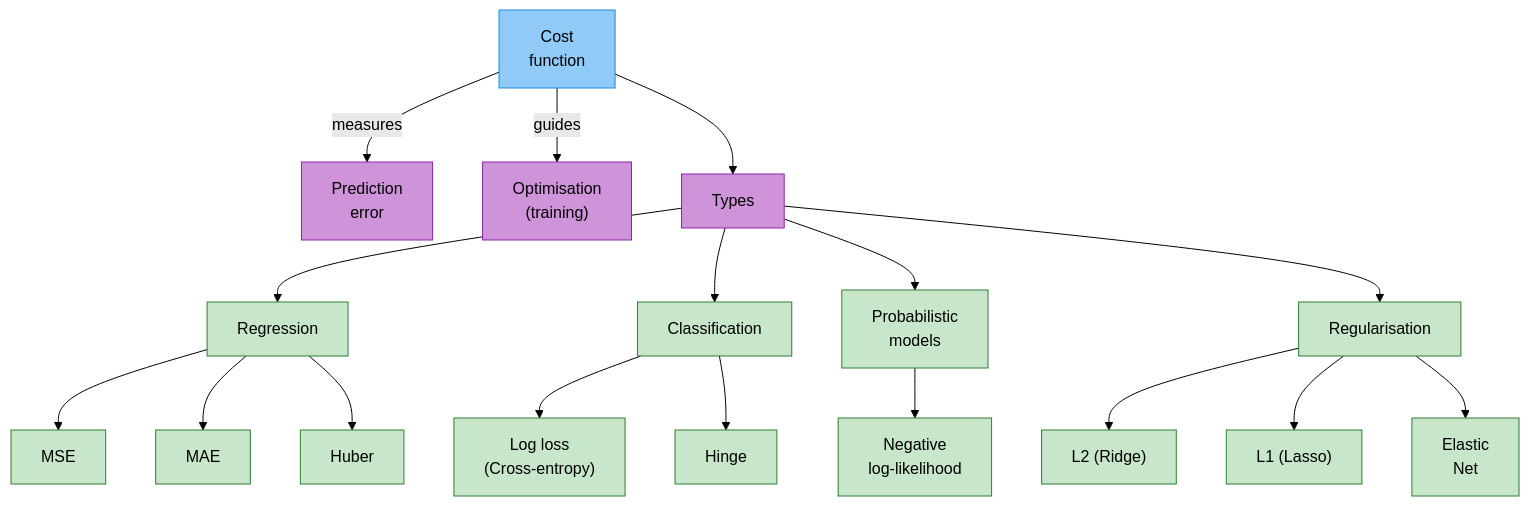
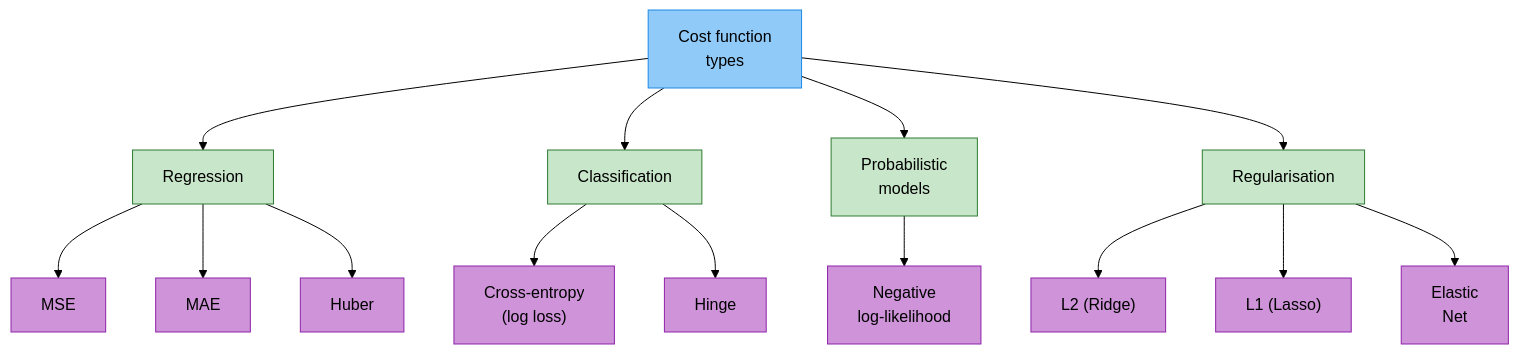
Before and after one commit to arshadhs/arshadhs.github.io: the second of 2 diagrams in content/docs/ai/machine-learning/03-cost-function.md, drawn with Mermaid (forest theme). The commit also changed other lines of this file, not shown here.

```diff
--- a/content/docs/ai/machine-learning/03-cost-function.md
+++ b/content/docs/ai/machine-learning/03-cost-function.md
@@ -23,44 +49,37 @@
 {{< mermaid >}}
 flowchart TD
-CF["Cost<br/>function"] -->|measures| ERR["Prediction<br/>error"]
-CF -->|guides| OPT["Optimisation<br/>(training)"]
+T["Cost function<br/>types"] --> REG["Regression"]
+T --> CLS["Classification"]
+T --> PROB["Probabilistic<br/>models"]
+T --> REGZ["Regularisation"]
 
-CF --> T["Types"]
-
-T --> REG["Regression"]
 REG --> MSE["MSE"]
 REG --> MAE["MAE"]
 REG --> HUB["Huber"]
 
-T --> CLS["Classification"]
-CLS --> LOG["Log loss<br/>(Cross-entropy)"]
+CLS --> CE["Cross-entropy<br/>(log loss)"]
 CLS --> HNG["Hinge"]
 
-T --> PROB["Probabilistic<br/>models"]
 PROB --> NLL["Negative<br/>log-likelihood"]
 
-T --> REGZ["Regularisation"]
 REGZ --> L2["L2 (Ridge)"]
 REGZ --> L1["L1 (Lasso)"]
 REGZ --> EN["Elastic<br/>Net"]
 
-style CF fill:#90CAF9,stroke:#1E88E5,color:#000
-style ERR fill:#CE93D8,stroke:#8E24AA,color:#000
-style OPT fill:#CE93D8,stroke:#8E24AA,color:#000
-style T fill:#CE93D8,stroke:#8E24AA,color:#000
+style T fill:#90CAF9,stroke:#1E88E5,color:#000
 
 style REG fill:#C8E6C9,stroke:#2E7D32,color:#000
 style CLS fill:#C8E6C9,stroke:#2E7D32,color:#000
 style PROB fill:#C8E6C9,stroke:#2E7D32,color:#000
 style REGZ fill:#C8E6C9,stroke:#2E7D32,color:#000
 
-style MSE fill:#C8E6C9,stroke:#2E7D32,color:#000
-style MAE fill:#C8E6C9,stroke:#2E7D32,color:#000
-style HUB fill:#C8E6C9,stroke:#2E7D32,color:#000
-style LOG fill:#C8E6C9,stroke:#2E7D32,color:#000
-style HNG fill:#C8E6C9,stroke:#2E7D32,color:#000
-style NLL fill:#C8E6C9,stroke:#2E7D32,color:#000
-style L2 fill:#C8E6C9,stroke:#2E7D32,color:#000
-style L1 fill:#C8E6C9,stroke:#2E7D32,color:#000
-style EN fill:#C8E6C9,stroke:#2E7D32,color:#000
+style MSE fill:#CE93D8,stroke:#8E24AA,color:#000
+style MAE fill:#CE93D8,stroke:#8E24AA,color:#000
+style HUB fill:#CE93D8,stroke:#8E24AA,color:#000
+style CE fill:#CE93D8,stroke:#8E24AA,color:#000
+style HNG fill:#CE93D8,stroke:#8E24AA,color:#000
+style NLL fill:#CE93D8,stroke:#8E24AA,color:#000
+style L2 fill:#CE93D8,stroke:#8E24AA,color:#000
+style L1 fill:#CE93D8,stroke:#8E24AA,color:#000
+style EN fill:#CE93D8,stroke:#8E24AA,color:#000
 {{< /mermaid >}}
```
